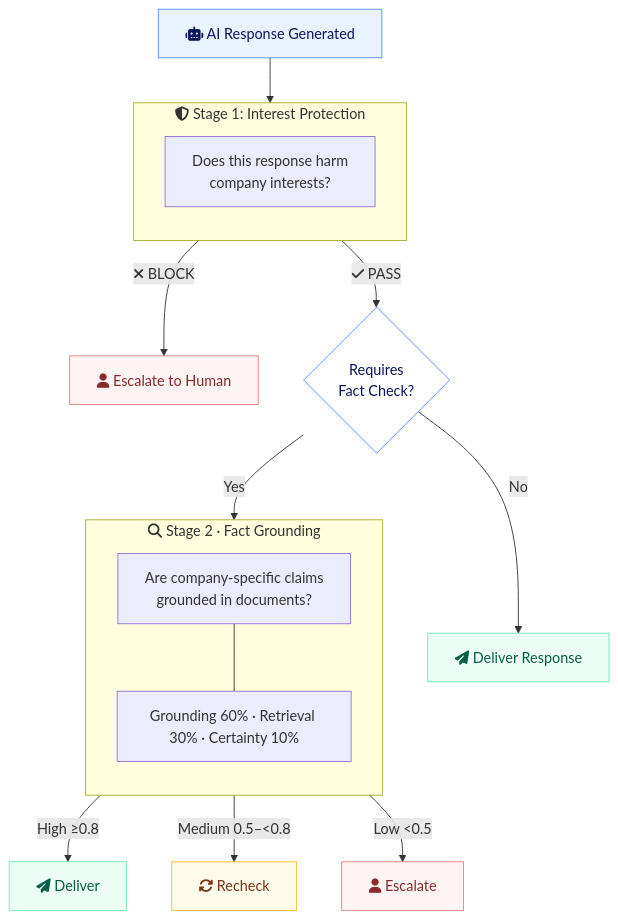
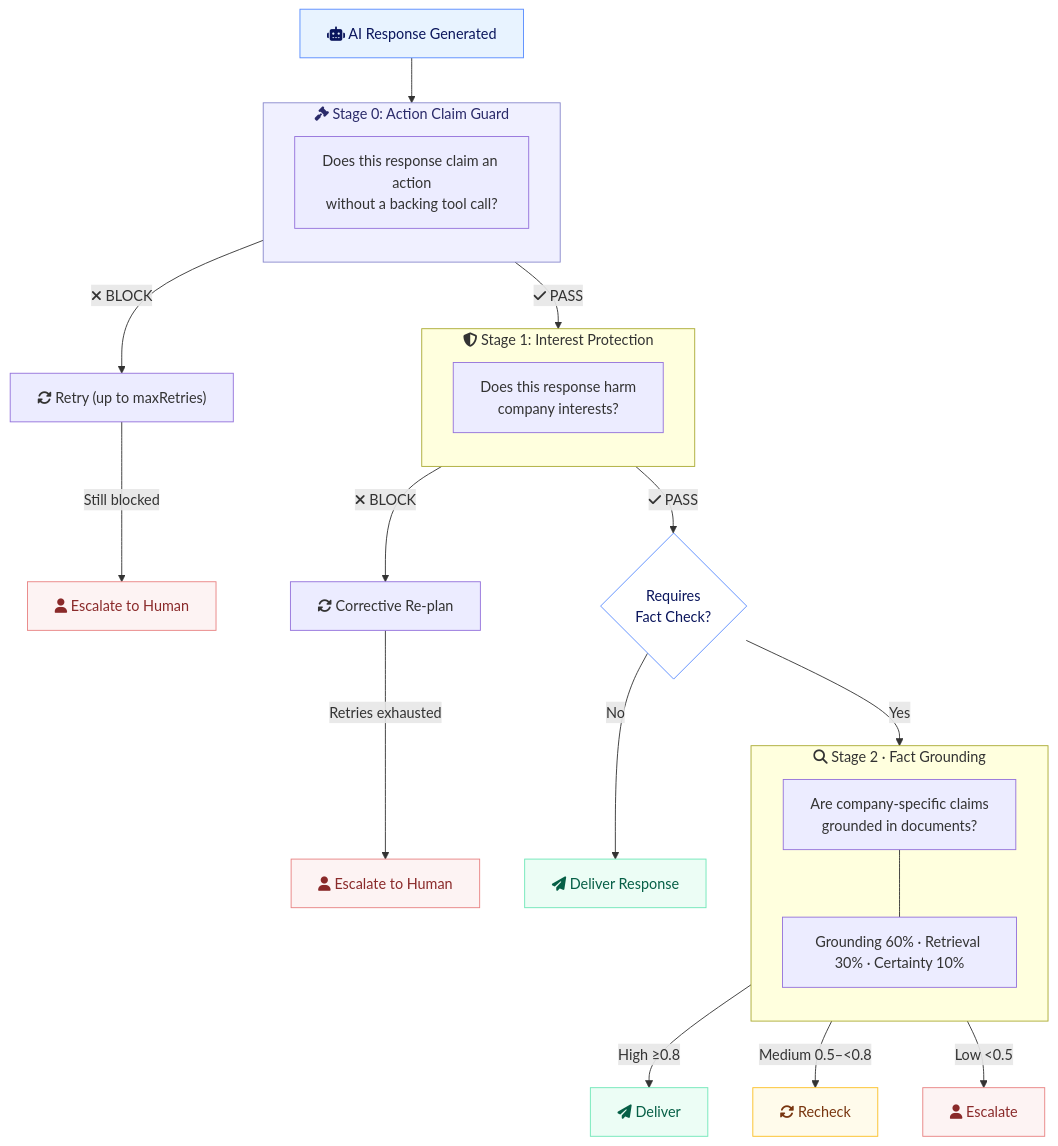
One commit to hay-chat/hay-docs changed the diagram in technical/guardrails.md. Above: the diagram before and after it, drawn with Mermaid. The commit also changed other lines of this file and 19 other files, not shown here.

````diff
--- a/technical/guardrails.md
+++ b/technical/guardrails.md
@@ -18,36 +22,48 @@
 ```mermaid
 flowchart TD
   A["fa:fa-robot AI Response Generated"]
 
-  A --> B
+  A --> A0
+
+  subgraph A0["fa:fa-gavel  Stage 0: Action Claim Guard"]
+    direction TB
+    A01["Does this response claim an action<br/>without a backing tool call?"]
+  end
+
+  A0 -->|"fa:fa-xmark BLOCK"| RETRY0["fa:fa-rotate Retry (up to maxRetries)"]
+  RETRY0 -->|"Still blocked"| ESC0["fa:fa-user Escalate to Human"]
+  A0 -->|"fa:fa-check PASS"| B
 
   subgraph B["fa:fa-shield-halved  Stage 1: Interest Protection"]
     direction TB
     B1["Does this response harm<br/>company interests?"]
   end
 
-  B -->|"fa:fa-xmark BLOCK"| ESC["fa:fa-user Escalate to Human"]
+  B -->|"fa:fa-xmark BLOCK"| RETRY1["fa:fa-rotate Corrective Re-plan"]
+  RETRY1 -->|"Retries exhausted"| ESC["fa:fa-user Escalate to Human"]
   B -->|"fa:fa-check PASS"| C{"Requires<br/>Fact Check?"}
 
   C -->|"No"| DEL1["fa:fa-paper-plane Deliver Response"]
   C -->|"Yes"| D
 
   subgraph D["fa:fa-magnifying-glass  Stage 2 · Fact Grounding"]
     direction TB
     D1["Are company-specific claims<br/>grounded in documents?"]
     D2["Grounding 60% · Retrieval 30% · Certainty 10%"]
     D1 --- D2
   end
 
   D -->|"High ≥0.8"| DEL2["fa:fa-paper-plane Deliver"]
   D -->|"Medium 0.5–&lt;0.8"| REC["fa:fa-rotate Recheck"]
   D -->|"Low <0.5"| ESC2["fa:fa-user Escalate"]
 
   style A fill:#e8f3ff,stroke:#568aff,color:#0a155c
+  style A0 fill:#f0f0ff,stroke:#8888cc,color:#2a2a6a
+  style ESC0 fill:#fdf3f3,stroke:#e88181,color:#8a2a2a
   style ESC fill:#fdf3f3,stroke:#e88181,color:#8a2a2a
   style ESC2 fill:#fdf3f3,stroke:#e88181,color:#8a2a2a
   style DEL1 fill:#ecfdf5,stroke:#6ee7b7,color:#065f46
   style DEL2 fill:#ecfdf5,stroke:#6ee7b7,color:#065f46
   style REC fill:#fffbeb,stroke:#fbbf24,color:#78350f
   style C fill:#fff,stroke:#568aff,color:#0a155c
 ```
````
